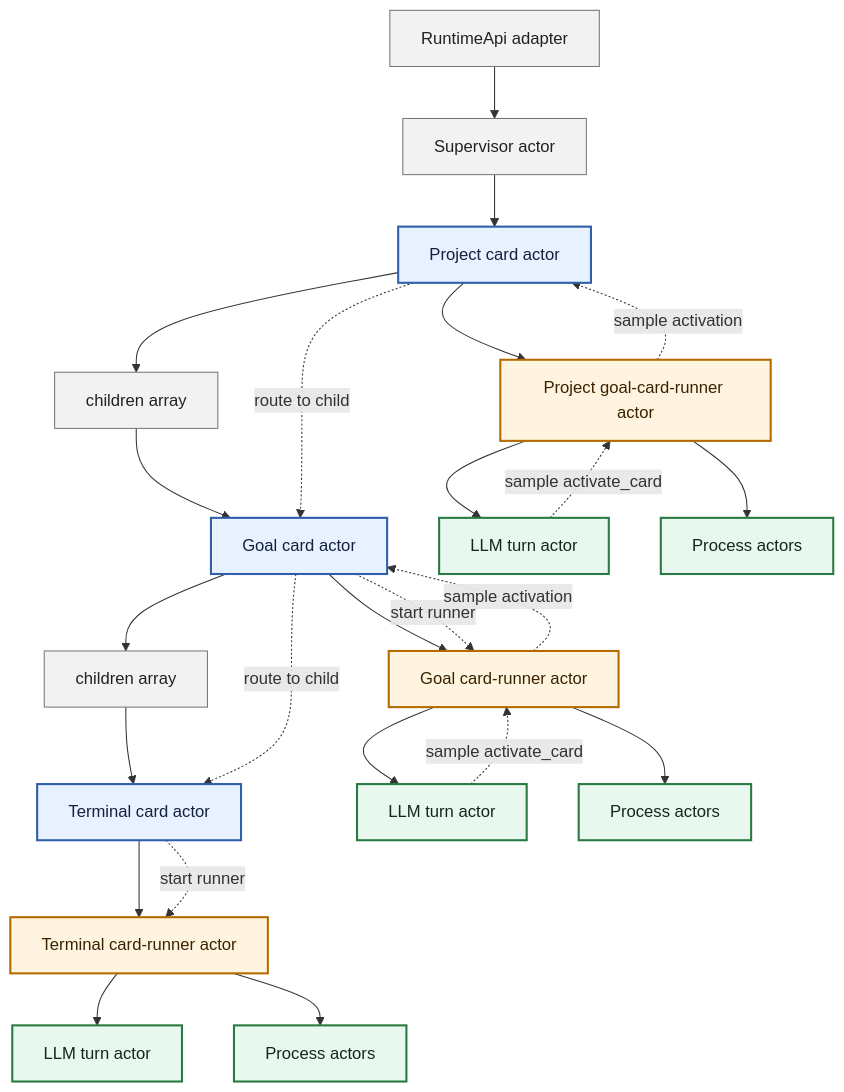
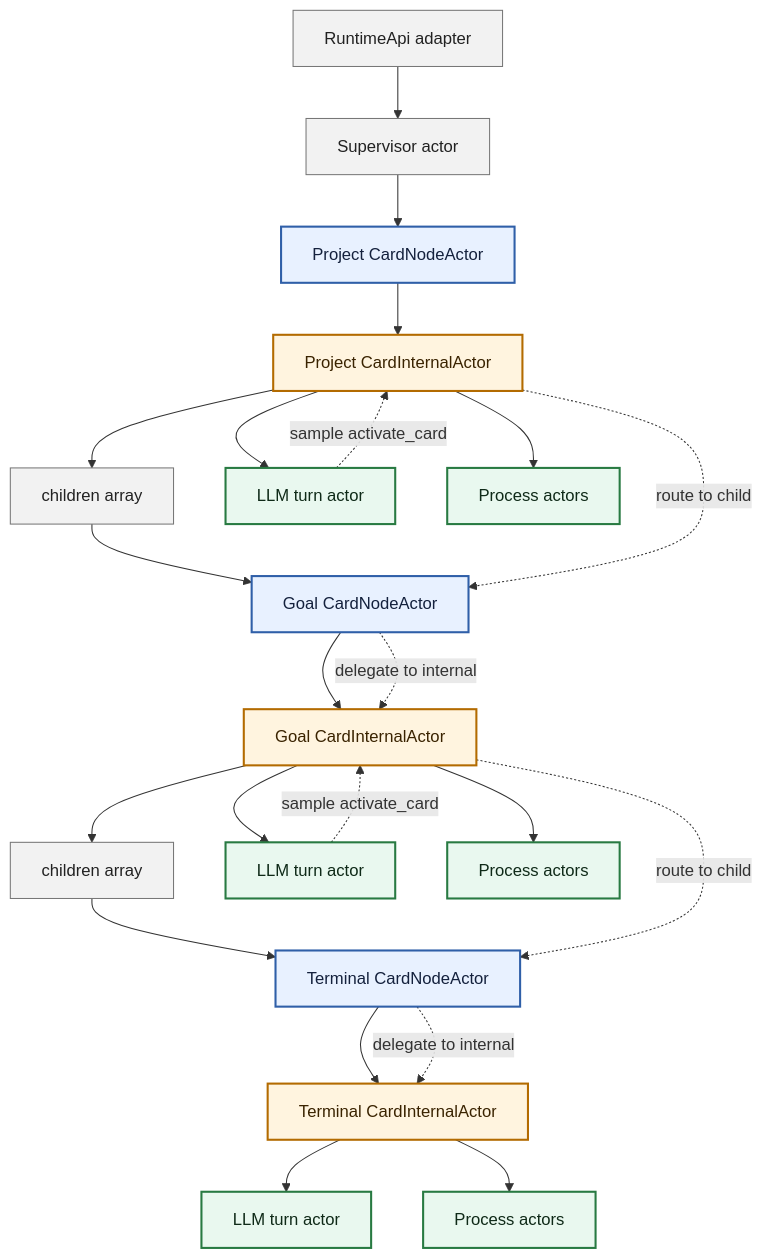
Before and after one commit to salva/saivage-v3: the diagram in docs/architecture/xstate-runtime-core.md, drawn with Mermaid. The commit also changed other lines of this file and 1 other file, not shown here.

Commit message:
docs: rename card runtime actors

````diff
--- a/docs/architecture/xstate-runtime-core.md
+++ b/docs/architecture/xstate-runtime-core.md
@@ -64,41 +64,39 @@
 ```mermaid
 graph TD
   api[RuntimeApi adapter] --> supervisor[Supervisor actor]
-  supervisor --> projectCard
+  supervisor --> projectNode
 
-  projectCard[Project card actor] --> projectChildren[children array]
-  projectCard --> projectRunner[Project goal-card-runner actor]
-  projectChildren --> goalCard[Goal card actor]
+  projectNode[Project CardNodeActor] --> projectInternal[Project CardInternalActor]
+  projectInternal --> projectChildren[children array]
+  projectChildren --> goalNode[Goal CardNodeActor]
 
-  goalCard --> goalChildren[children array]
-  goalCard --> goalRunner[Goal card-runner actor]
-  goalChildren --> terminalCard[Terminal card actor]
+  goalNode --> goalInternal[Goal CardInternalActor]
+  goalInternal --> goalChildren[children array]
+  goalChildren --> terminalNode[Terminal CardNodeActor]
 
-  terminalCard --> terminalRunner[Terminal card-runner actor]
+  terminalNode --> terminalInternal[Terminal CardInternalActor]
 
-  projectRunner --> projectTurn[LLM turn actor]
-  projectRunner --> projectProcess[Process actors]
-  goalRunner --> goalTurn[LLM turn actor]
-  goalRunner --> goalProcess[Process actors]
-  terminalRunner --> terminalTurn[LLM turn actor]
-  terminalRunner --> terminalProcess[Process actors]
+  projectInternal --> projectTurn[LLM turn actor]
+  projectInternal --> projectProcess[Process actors]
+  goalInternal --> goalTurn[LLM turn actor]
+  goalInternal --> goalProcess[Process actors]
+  terminalInternal --> terminalTurn[LLM turn actor]
+  terminalInternal --> terminalProcess[Process actors]
 
-  projectTurn -. sample activate_card .-> projectRunner
-  projectRunner -. sample activation .-> projectCard
-  projectCard -. route to child .-> goalCard
-  goalCard -. start runner .-> goalRunner
-  goalTurn -. sample activate_card .-> goalRunner
-  goalRunner -. sample activation .-> goalCard
-  goalCard -. route to child .-> terminalCard
-  terminalCard -. start runner .-> terminalRunner
+  projectTurn -. sample activate_card .-> projectInternal
+  projectInternal -. route to child .-> goalNode
+  goalNode -. delegate to internal .-> goalInternal
+  goalTurn -. sample activate_card .-> goalInternal
+  goalInternal -. route to child .-> terminalNode
+  terminalNode -. delegate to internal .-> terminalInternal
 
-  classDef cardActor fill:#e8f1ff,stroke:#2f5fa8,stroke-width:2px,color:#14213d
-  classDef runnerActor fill:#fff4df,stroke:#b36b00,stroke-width:2px,color:#3a2300
+  classDef nodeActor fill:#e8f1ff,stroke:#2f5fa8,stroke-width:2px,color:#14213d
+  classDef internalActor fill:#fff4df,stroke:#b36b00,stroke-width:2px,color:#3a2300
   classDef resourceActor fill:#e9f8ef,stroke:#287a42,stroke-width:2px,color:#0f2a18
   classDef support fill:#f2f2f2,stroke:#777,stroke-width:1px,color:#222
 
-  class projectCard,goalCard,terminalCard cardActor
-  class projectRunner,goalRunner,terminalRunner runnerActor
+  class projectNode,goalNode,terminalNode nodeActor
+  class projectInternal,goalInternal,terminalInternal internalActor
   class projectTurn,projectProcess,goalTurn,goalProcess,terminalTurn,terminalProcess resourceActor
   class api,supervisor,projectChildren,goalChildren support
 ```
````
